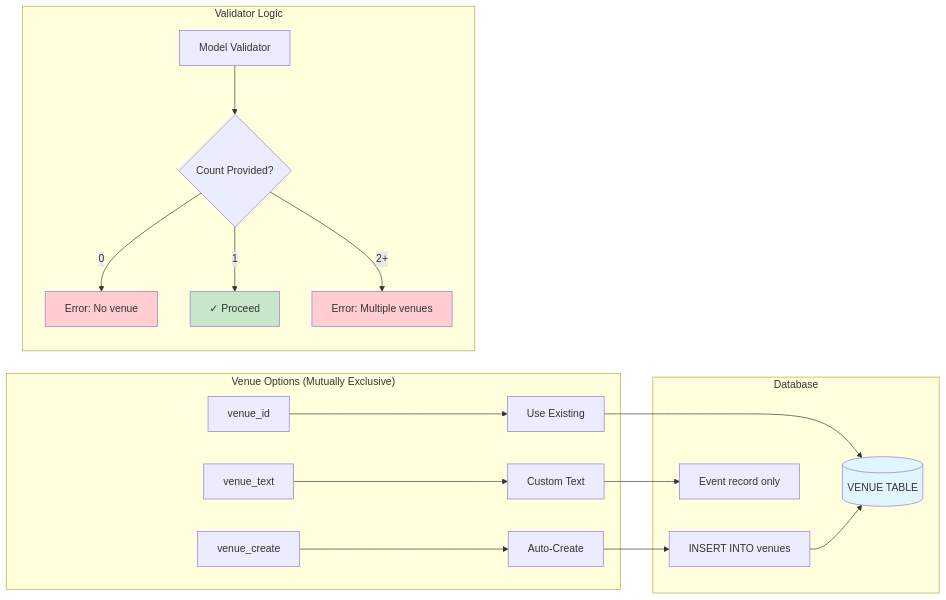
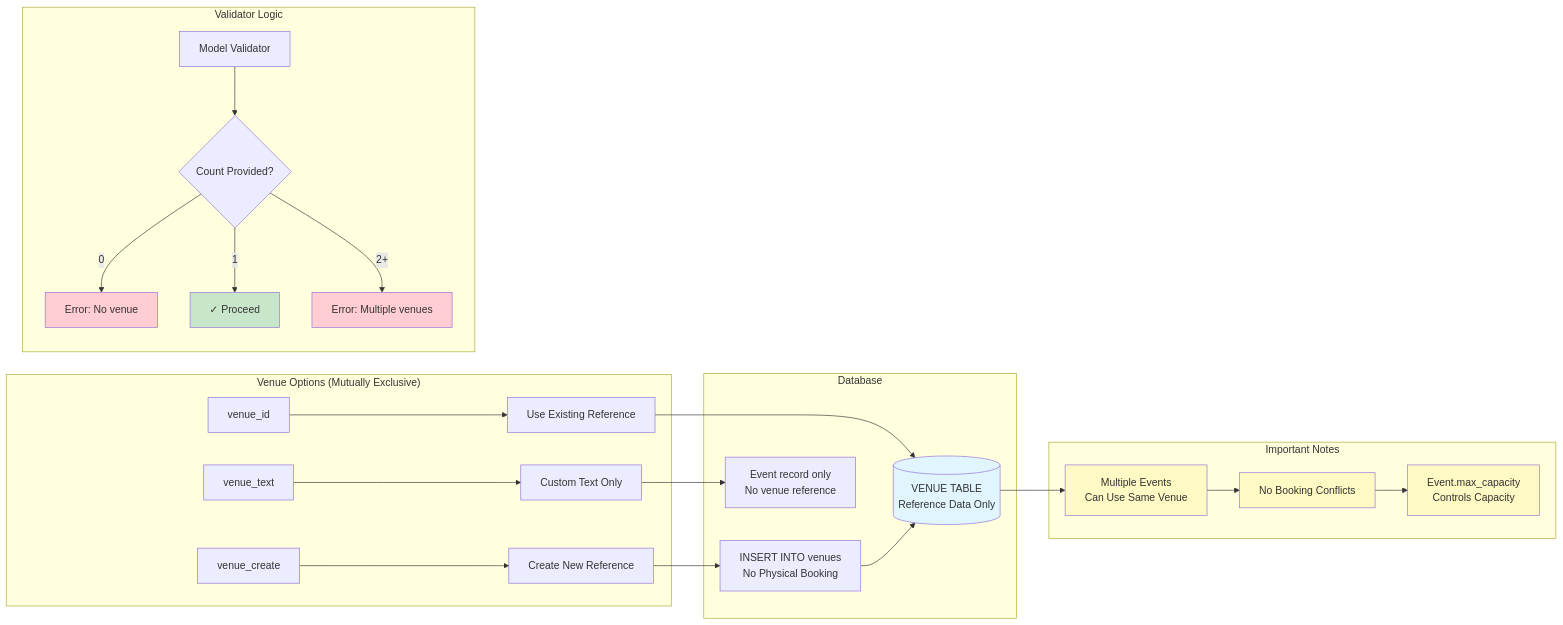
The eighth of 16 diagrams in events/docs/README.md (LOOPINX-CIRCLE/LoopinBackend), drawn with Mermaid before and after one commit. The commit also changed other lines of this file and 1 other file, not shown here.

Commit message:
docs: Clarify venue model as reference data, not managed bookings
- Update Venue model docstring to clarify it's reference data only
- Update Venue.capacity help_text to note it's informational, not controlling
- Update VenueCreate schema docstring and capacity field description
- Update EventCreate schema venue field descriptions with reference data notes
- Update events/docs/README.md with comprehensive venue clarification:
  - Venues are reference data to avoid duplicating location details
  - Platform does not manage physical venues or bookings
  - Multiple events can reference same venue simultaneously
  - Event capacity controlled by Event.max_capacity, not Venue.capacity
- Update venue management flow diagrams with reference data context

This clarifies the architectural decision that venues are denormalization helpers,
not booking management entities, preventing confusion about capacity and conflicts.

````diff
--- a/events/docs/README.md
+++ b/events/docs/README.md
@@ -506,27 +514,40 @@
 ```mermaid
 graph LR
     subgraph "Venue Options (Mutually Exclusive)"
-        A[venue_id] --> B[Use Existing]
-        C[venue_create] --> D[Auto-Create]
-        E[venue_text] --> F[Custom Text]
+        A[venue_id] --> B[Use Existing Reference]
+        C[venue_create] --> D[Create New Reference]
+        E[venue_text] --> F[Custom Text Only]
     end
     
     subgraph "Validator Logic"
         G[Model Validator] --> H{Count Provided?}
         H -->|0| I[Error: No venue]
         H -->|1| J[✓ Proceed]
         H -->|2+| K[Error: Multiple venues]
     end
     
     subgraph "Database"
-        B --> L[(VENUE TABLE)]
-        D --> M[INSERT INTO venues]
+        B --> L[(VENUE TABLE<br/>Reference Data Only)]
+        D --> M[INSERT INTO venues<br/>No Physical Booking]
         M --> L
-        F --> N[Event record only]
+        F --> N[Event record only<br/>No venue reference]
     end
+    
+    subgraph "Important Notes"
+        O[Multiple Events<br/>Can Use Same Venue]
+        P[No Booking Conflicts]
+        Q[Event.max_capacity<br/>Controls Capacity]
+    end
+    
+    L --> O
+    O --> P
+    P --> Q
     
     style I fill:#ffcdd2
     style K fill:#ffcdd2
     style J fill:#c8e6c9
     style L fill:#e1f5fe
+    style O fill:#fff9c4
+    style P fill:#fff9c4
+    style Q fill:#fff9c4
 ```
````
